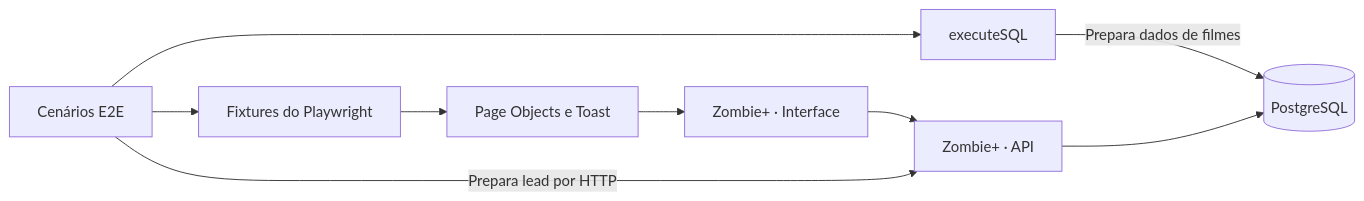
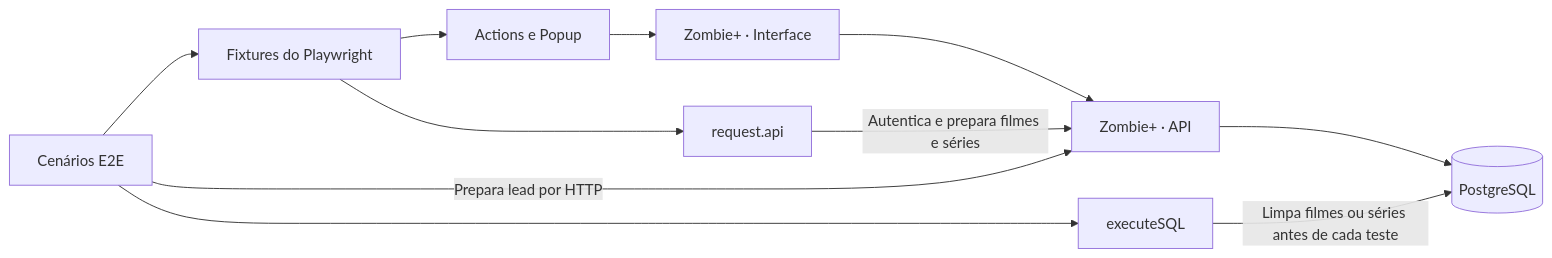
Before and after one commit to n4ndo8/zombieplus-playwright: the diagram in README.md, drawn with Mermaid. The commit also changed other lines of this file, not shown here.

Commit message:
feat: atualiza README.md para incluir gerenciamento de séries de TV e detalhar cenários de teste

````diff
--- a/README.md
+++ b/README.md
@@ -65,11 +82,13 @@
 ```mermaid
 flowchart LR
     Specs["Cenários E2E"] --> Fixtures["Fixtures do Playwright"]
-    Fixtures --> Pages["Page Objects e Toast"]
+    Fixtures --> Pages["Actions e Popup"]
     Pages --> Web["Zombie+ · Interface"]
     Web --> API["Zombie+ · API"]
     Specs -->|"Prepara lead por HTTP"| API
+    Fixtures --> Client["request.api"]
+    Client -->|"Autentica e prepara filmes e séries"| API
     Specs --> SQL["executeSQL"]
-    SQL -->|"Prepara dados de filmes"| DB[(PostgreSQL)]
+    SQL -->|"Limpa filmes ou séries antes de cada teste"| DB[(PostgreSQL)]
     API --> DB
 ```
````
